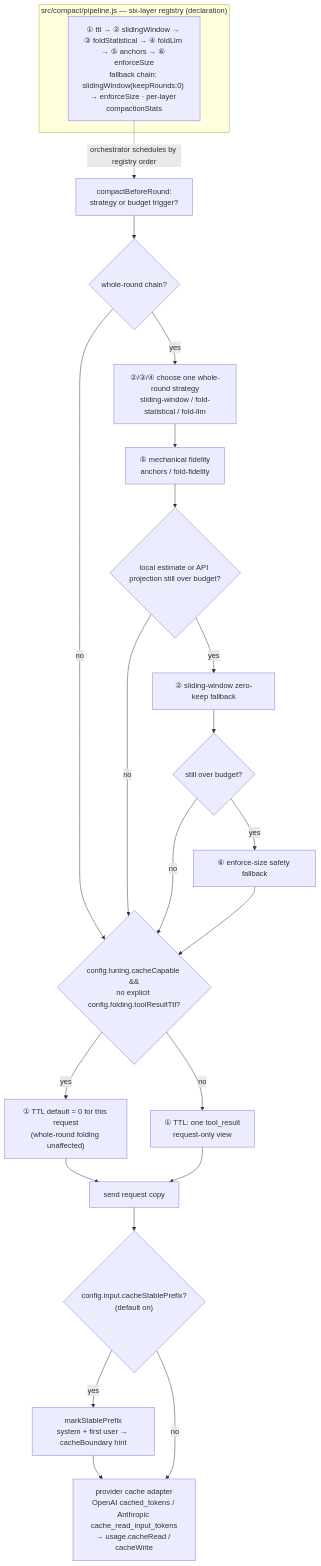
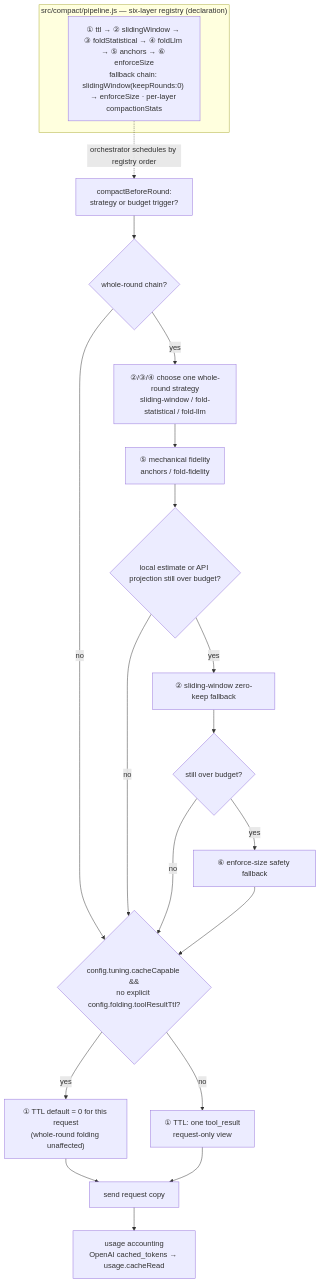
Before and after one commit to ErixWong/erix-agent: the fourth of 5 diagrams in docs/charts.md, drawn with Mermaid. The commit also changed other lines of this file and 14 other files, not shown here.

````diff
--- a/docs/charts.md
+++ b/docs/charts.md
@@ -264,26 +263,23 @@
 ```mermaid
 flowchart TD
     subgraph reg["src/compact/pipeline.js — six-layer registry (declaration)"]
         REG["① ttl → ② slidingWindow → ③ foldStatistical → ④ foldLlm → ⑤ anchors → ⑥ enforceSize<br/>fallback chain: slidingWindow(keepRounds:0) → enforceSize · per-layer compactionStats"]
     end
     REG -. "orchestrator schedules by registry order" .-> A
     A["compactBeforeRound:<br/>strategy or budget trigger?"] --> B{"whole-round chain?"}
     B -- no --> CC{"config.tuning.cacheCapable &&<br/>no explicit config.folding.toolResultTtl?"}
     B -- yes --> C["②/③/④ choose one whole-round strategy<br/>sliding-window / fold-statistical / fold-llm"]
     C --> D["⑤ mechanical fidelity<br/>anchors / fold-fidelity"]
     D --> F{"local estimate or API projection still over budget?"}
     F -- no --> CC
     F -- yes --> G["② sliding-window zero-keep fallback"]
     G --> H{"still over budget?"}
     H -- no --> CC
     H -- yes --> I["⑥ enforce-size safety fallback"]
     I --> CC
     CC -- yes --> T0["① TTL default = 0 for this request<br/>(whole-round folding unaffected)"]
     CC -- no --> J["① TTL: one tool_result<br/>request-only view"]
     T0 --> Z["send request copy"]
     J --> Z
-    Z --> SP{"config.input.cacheStablePrefix?<br/>(default on)"}
-    SP -- yes --> SPM["markStablePrefix<br/>system + first user → cacheBoundary hint"]
-    SPM --> ADAPT["provider cache adapter<br/>OpenAI cached_tokens / Anthropic cache_read_input_tokens<br/>→ usage.cacheRead / cacheWrite"]
-    SP -- no --> ADAPT
+    Z --> ADAPT["usage accounting<br/>OpenAI cached_tokens → usage.cacheRead"]
 ```
````
